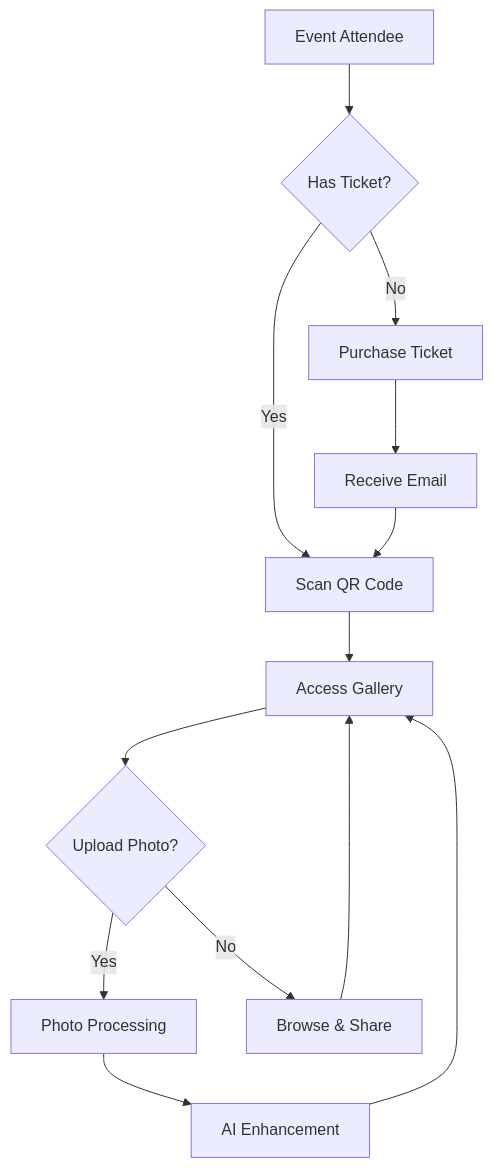
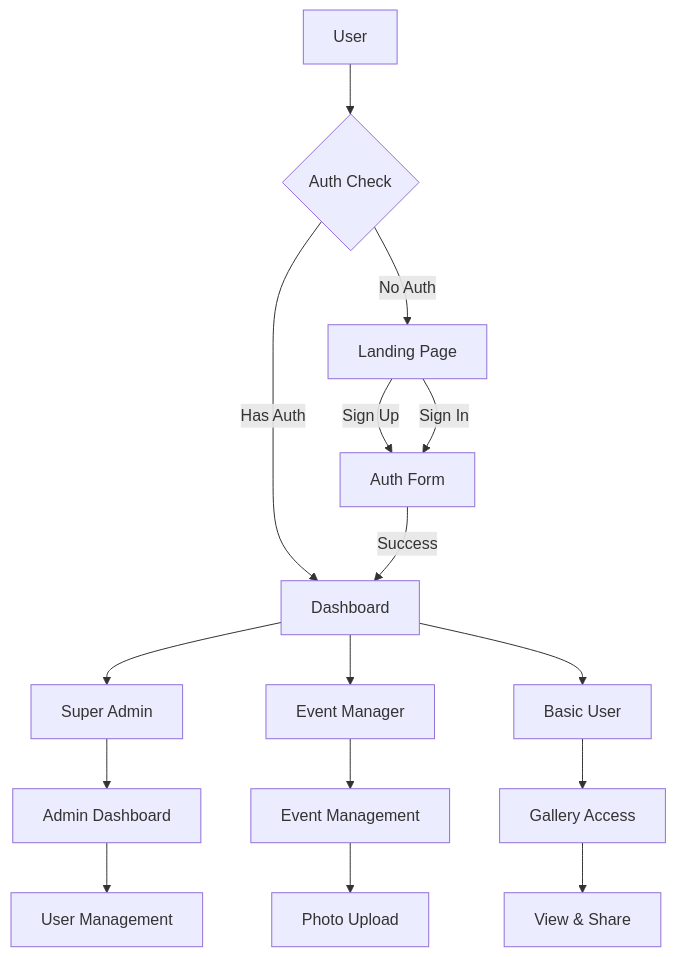
Before and after one commit to mrj0nesmtl/cloud-burst: the first of 4 diagrams in docs/user-flows/user_flow_overview.md, drawn with Mermaid. The commit also changed other lines of this file and 99 other files, not shown here.

````diff
--- a/docs/user-flows/user_flow_overview.md
+++ b/docs/user-flows/user_flow_overview.md
@@ -10,15 +11,22 @@
 ```mermaid
 flowchart TD
-    A[Event Attendee] --> B{Has Ticket?}
-    B -->|Yes| C[Scan QR Code]
-    B -->|No| D[Purchase Ticket]
-    D --> E[Receive Email]
-    E --> C
-    C --> F[Access Gallery]
-    F --> G{Upload Photo?}
-    G -->|Yes| H[Photo Processing]
-    H --> I[AI Enhancement]
-    I --> F
-    G -->|No| J[Browse & Share]
-    J --> F
+    A[User] --> B{Auth Check}
+    B -->|No Auth| C[Landing Page]
+    B -->|Has Auth| D[Dashboard]
+    
+    C --> |Sign Up| E[Auth Form]
+    C --> |Sign In| E
+    E --> |Success| D
+    
+    D --> F[Super Admin]
+    D --> G[Event Manager]
+    D --> H[Basic User]
+    
+    F --> I[Admin Dashboard]
+    G --> J[Event Management]
+    H --> K[Gallery Access]
+    
+    I --> L[User Management]
+    J --> M[Photo Upload]
+    K --> N[View & Share]
 ```
````
